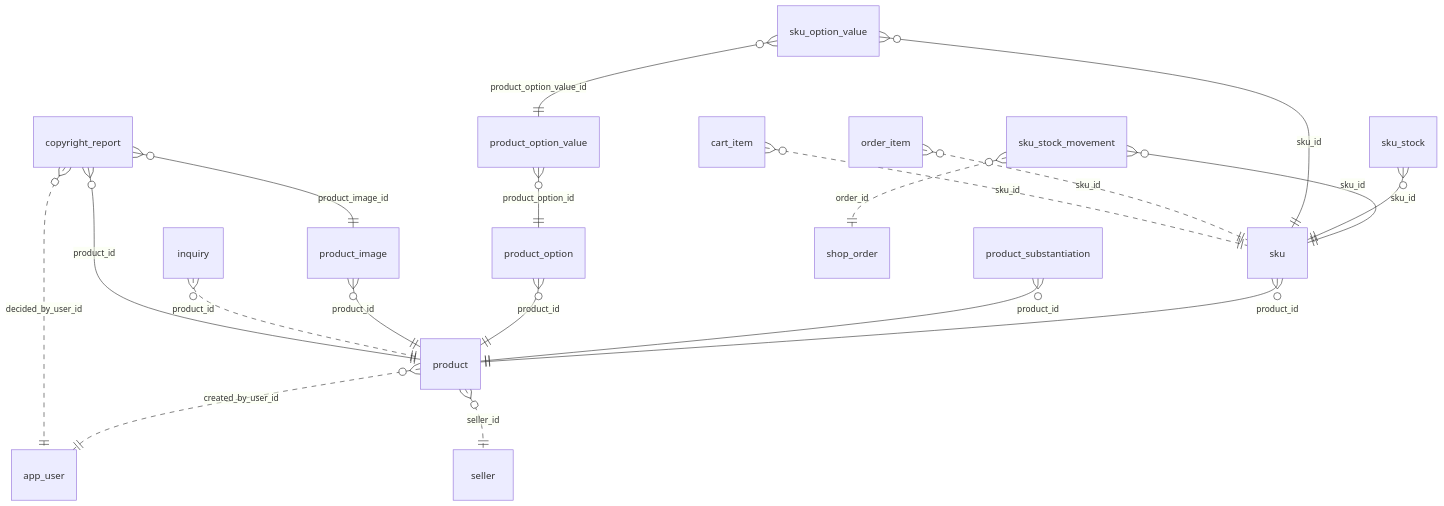
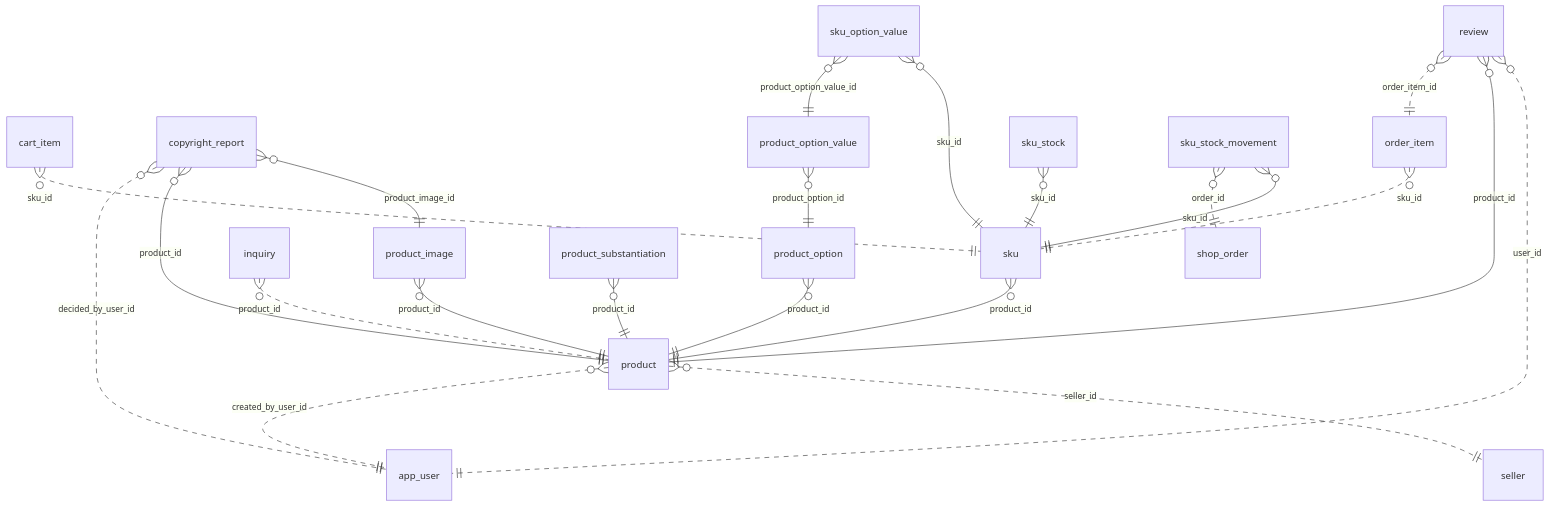
The diagram in doc/erd/product.md (ejg93/ProjectShop), drawn with Mermaid before and after one commit. The commit also changed 16 other files, not shown here.

````diff
--- a/doc/erd/product.md
+++ b/doc/erd/product.md
@@ -6,21 +6,24 @@
 ```mermaid
 erDiagram
     cart_item }o..|| sku : "sku_id"
     copyright_report }o..|| app_user : "decided_by_user_id"
     copyright_report }o--|| product : "product_id"
     copyright_report }o--|| product_image : "product_image_id"
     inquiry }o..|| product : "product_id"
     order_item }o..|| sku : "sku_id"
     product }o..|| app_user : "created_by_user_id"
     product }o..|| seller : "seller_id"
     product_image }o--|| product : "product_id"
     product_option }o--|| product : "product_id"
     product_option_value }o--|| product_option : "product_option_id"
     product_substantiation }o--|| product : "product_id"
+    review }o..|| order_item : "order_item_id"
+    review }o--|| product : "product_id"
+    review }o..|| app_user : "user_id"
     sku }o--|| product : "product_id"
     sku_option_value }o--|| product_option_value : "product_option_value_id"
     sku_option_value }o--|| sku : "sku_id"
     sku_stock }o--|| sku : "sku_id"
     sku_stock_movement }o..|| shop_order : "order_id"
     sku_stock_movement }o--|| sku : "sku_id"
 ```
````
